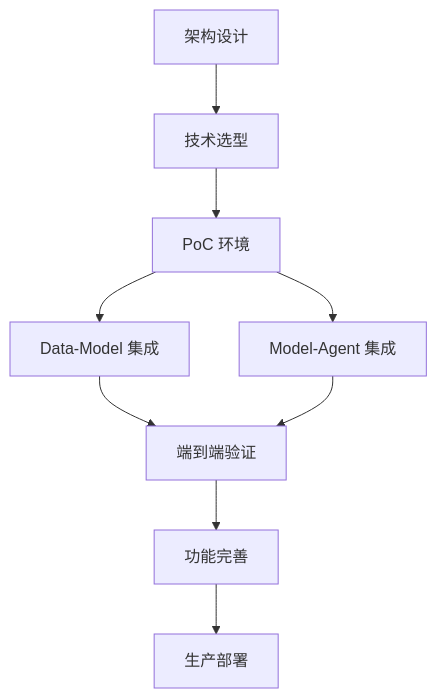
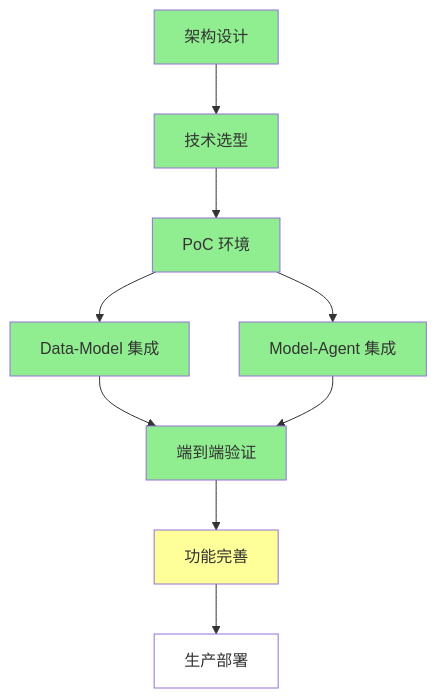
The diagram in docs/05-planning/roadmap.md (iannil/one-data-studio), drawn with Mermaid before and after one commit. The commit also changed other lines of this file and 72 other files, not shown here.

````diff
--- a/docs/05-planning/roadmap.md
+++ b/docs/05-planning/roadmap.md
@@ -123,11 +139,20 @@
 ```mermaid
 graph TD
     A[架构设计] --> B[技术选型]
     B --> C[PoC 环境]
     C --> D[Data-Model 集成]
     C --> E[Model-Agent 集成]
     D --> F[端到端验证]
     E --> F
     F --> G[功能完善]
     G --> H[生产部署]
+
+    style A fill:#90EE90
+    style B fill:#90EE90
+    style C fill:#90EE90
+    style D fill:#90EE90
+    style E fill:#90EE90
+    style F fill:#90EE90
+    style G fill:#FFFF99
+    style H fill:#FFFFFF
 ```
````
